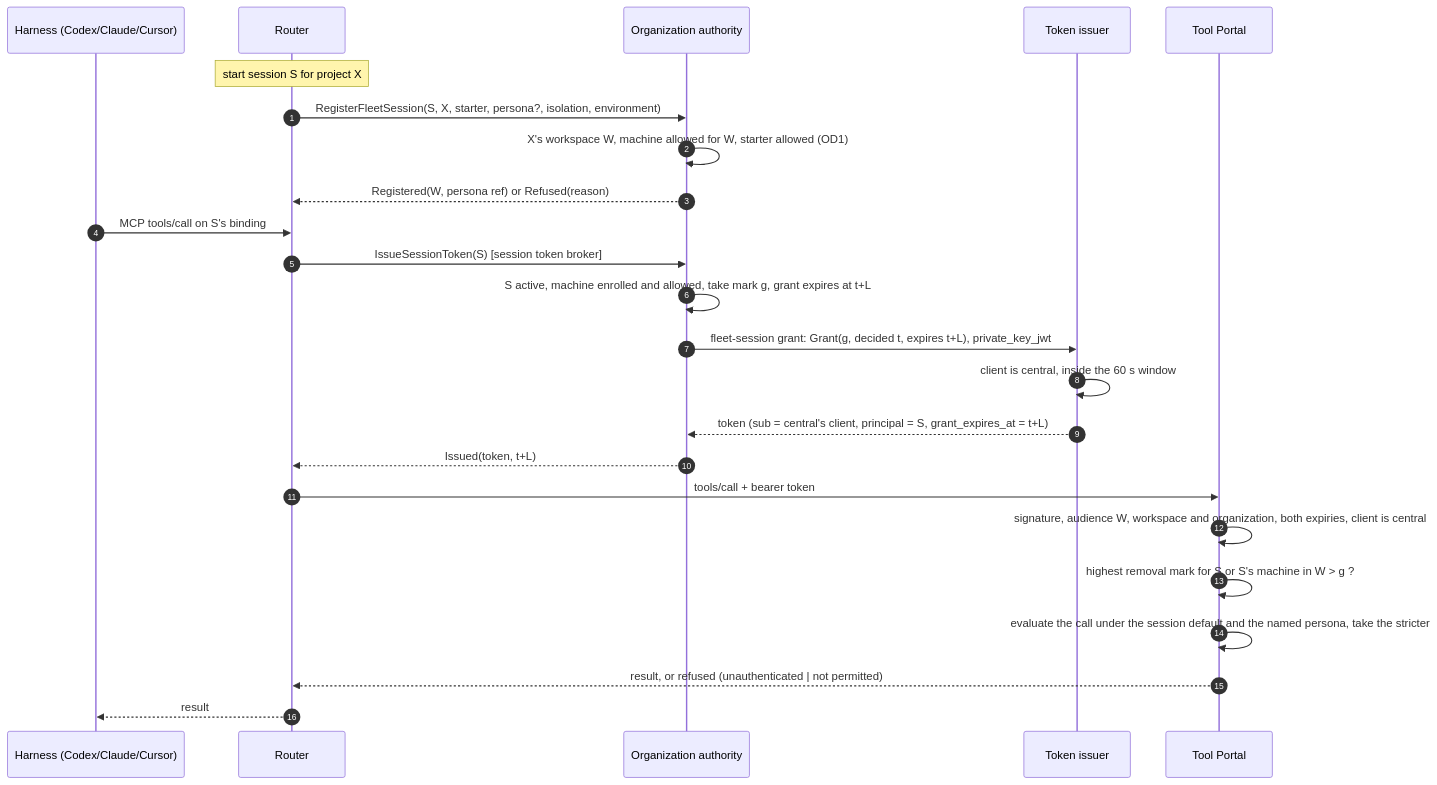
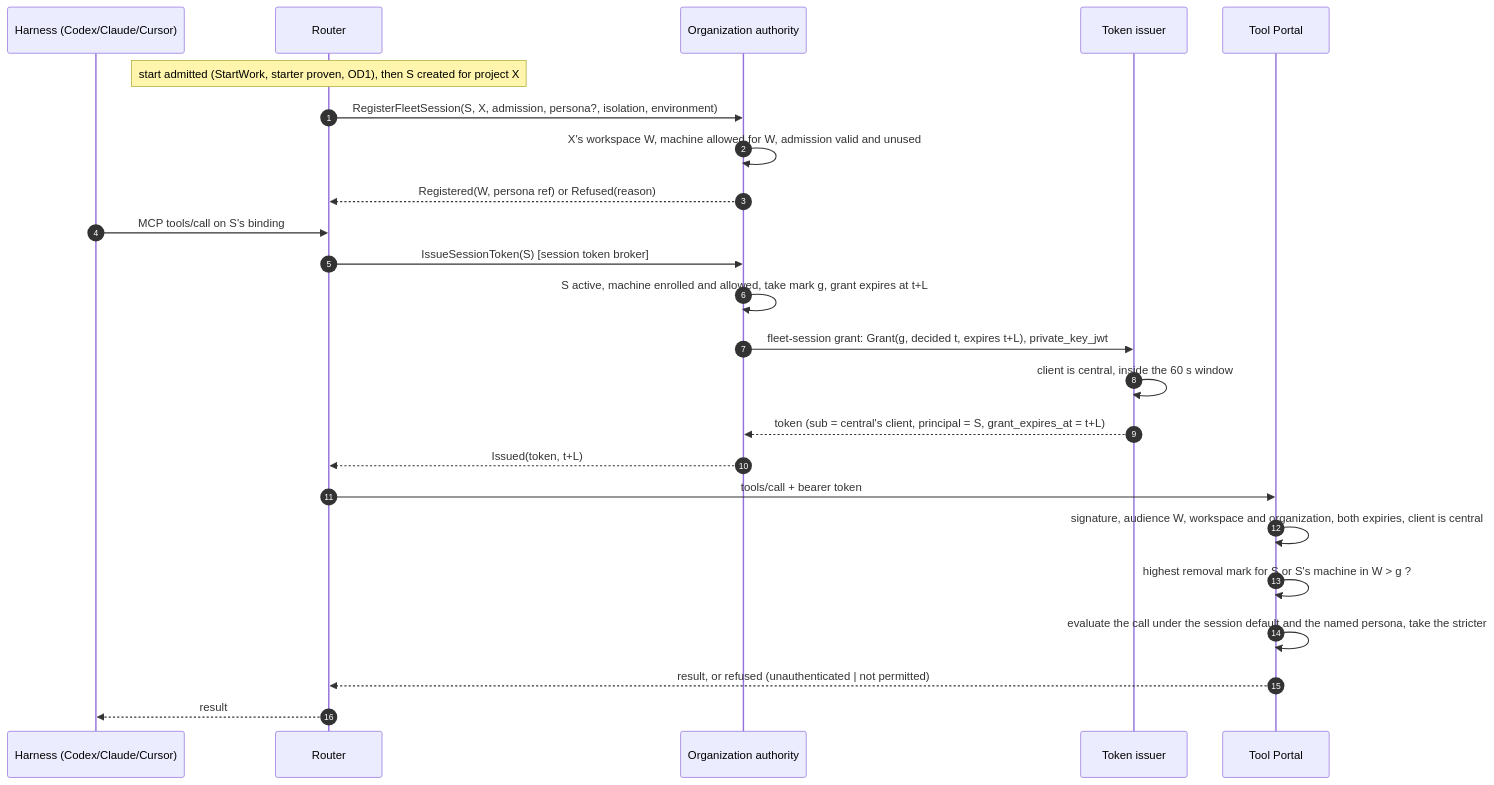
Before and after one commit to ShravanSunder/agent-vm: the third of 7 diagrams in docs/specs/2026-10-24-agent-identity/program-design.md, drawn with Mermaid. The commit also changed other lines of this file and 5 other files, not shown here.

````diff
--- a/docs/specs/2026-10-24-agent-identity/program-design.md
+++ b/docs/specs/2026-10-24-agent-identity/program-design.md
@@ -525,26 +531,26 @@
 ```mermaid
 sequenceDiagram
   autonumber
   participant H as Harness (Codex/Claude/Cursor)
   participant R as Router
   participant OA as Organization authority
   participant B as Token issuer
   participant P as Tool Portal
-  Note over R: start session S for project X
-  R->>OA: RegisterFleetSession(S, X, starter, persona?, isolation, environment)
-  OA->>OA: X's workspace W, machine allowed for W, starter allowed (OD1)
+  Note over R: start admitted (StartWork, starter proven, OD1), then S created for project X
+  R->>OA: RegisterFleetSession(S, X, admission, persona?, isolation, environment)
+  OA->>OA: X's workspace W, machine allowed for W, admission valid and unused
   OA-->>R: Registered(W, persona ref) or Refused(reason)
   H->>R: MCP tools/call on S's binding
   R->>OA: IssueSessionToken(S)  [session token broker]
   OA->>OA: S active, machine enrolled and allowed, take mark g, grant expires at t+L
   OA->>B: fleet-session grant: Grant(g, decided t, expires t+L), private_key_jwt
   B->>B: client is central, inside the 60 s window
   B-->>OA: token (sub = central's client, principal = S, grant_expires_at = t+L)
   OA-->>R: Issued(token, t+L)
   R->>P: tools/call + bearer token
   P->>P: signature, audience W, workspace and organization, both expiries, client is central
   P->>P: highest removal mark for S or S's machine in W > g ?
   P->>P: evaluate the call under the session default and the named persona, take the stricter
   P-->>R: result, or refused (unauthenticated | not permitted)
   R-->>H: result
 ```
````
